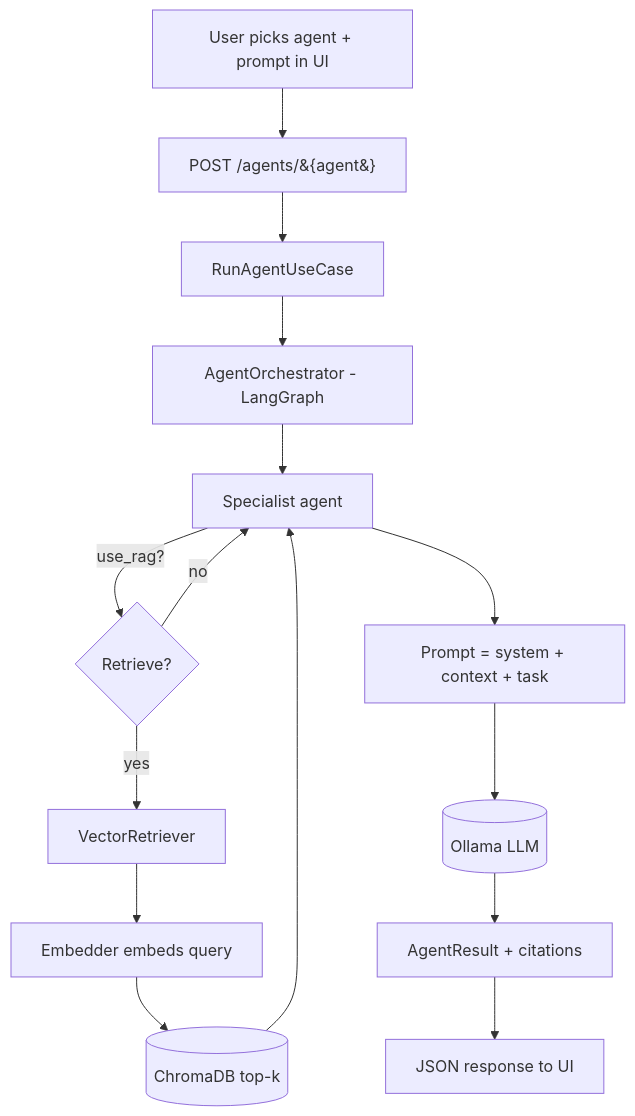
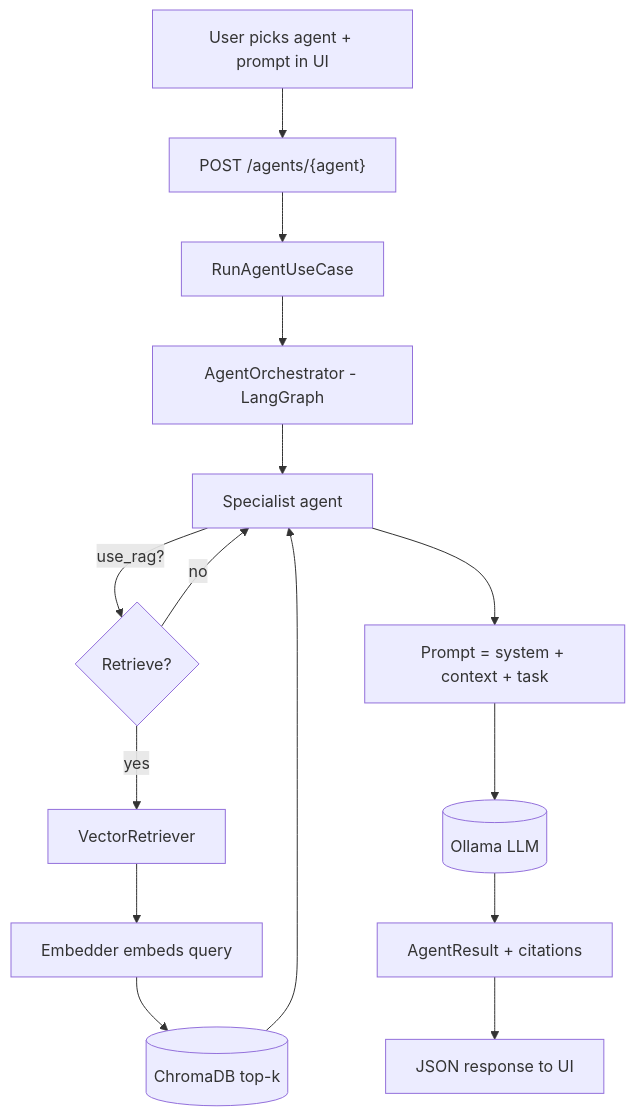
Before and after one commit to Indir07/AI-Data-Engineering-Copilot: the first of 3 diagrams in docs/DATA_FLOW.md, drawn with Mermaid. The commit also changed 1 other file, not shown here.

Commit message:
docs: fix Mermaid rendering on GitHub
- README: quote all node labels and remove the middle-dot (·) that broke
  GitHub's Mermaid parser in the architecture + layers diagrams
- DATA_FLOW: replace HTML-entity braces with a quoted label

````diff
--- a/docs/DATA_FLOW.md
+++ b/docs/DATA_FLOW.md
@@ -8,17 +8,17 @@
 ```mermaid
 flowchart TD
-    A[User picks agent + prompt in UI] --> B[POST /agents/&#123;agent&#125;]
+    A["User picks agent + prompt in UI"] --> B["POST /agents/{agent}"]
     B --> C[RunAgentUseCase]
     C --> D[AgentOrchestrator - LangGraph]
     D --> E[Specialist agent]
     E -->|use_rag?| F{Retrieve?}
     F -->|yes| G[VectorRetriever]
     G --> H[Embedder embeds query]
     H --> I[(ChromaDB top-k)]
     I --> E
     F -->|no| E
     E --> J[Prompt = system + context + task]
     J --> K[(Ollama LLM)]
     K --> L[AgentResult + citations]
     L --> M[JSON response to UI]
 ```
````
